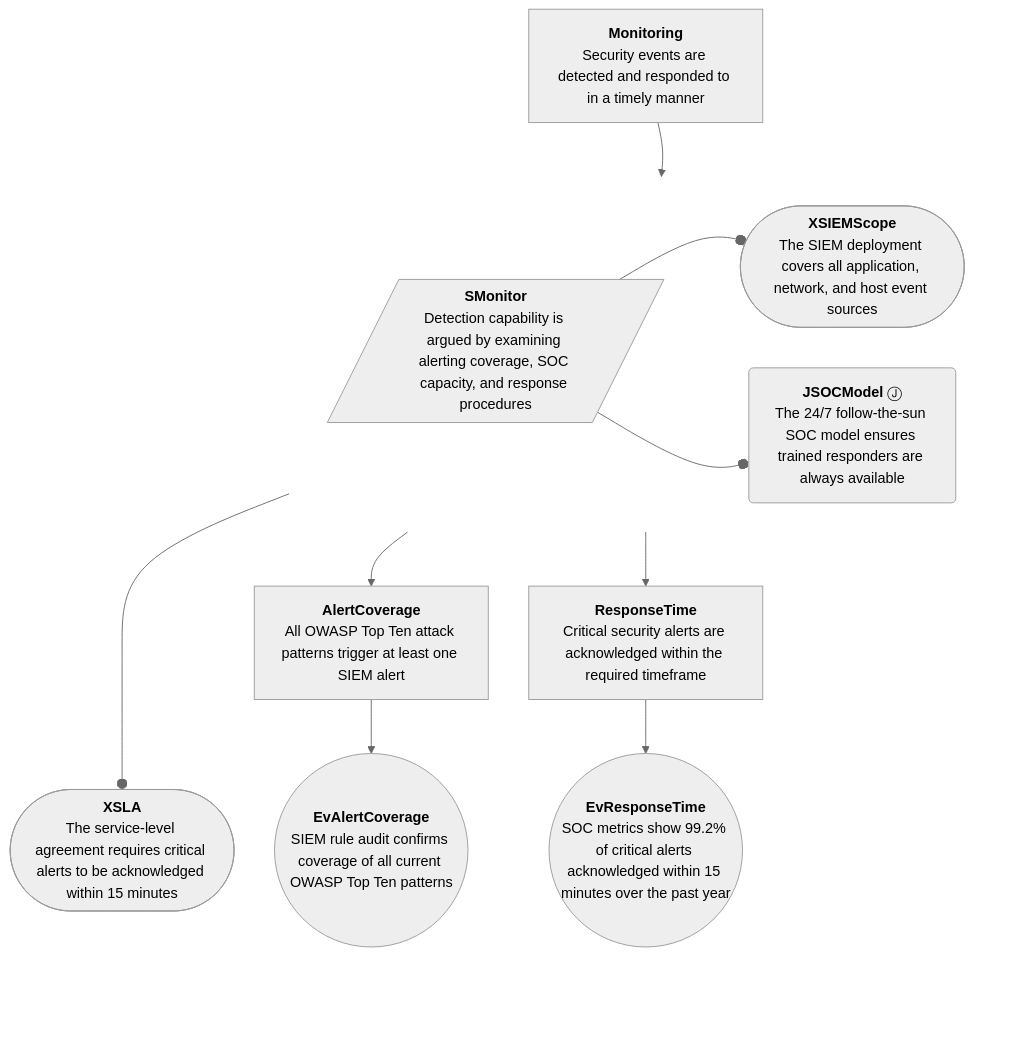
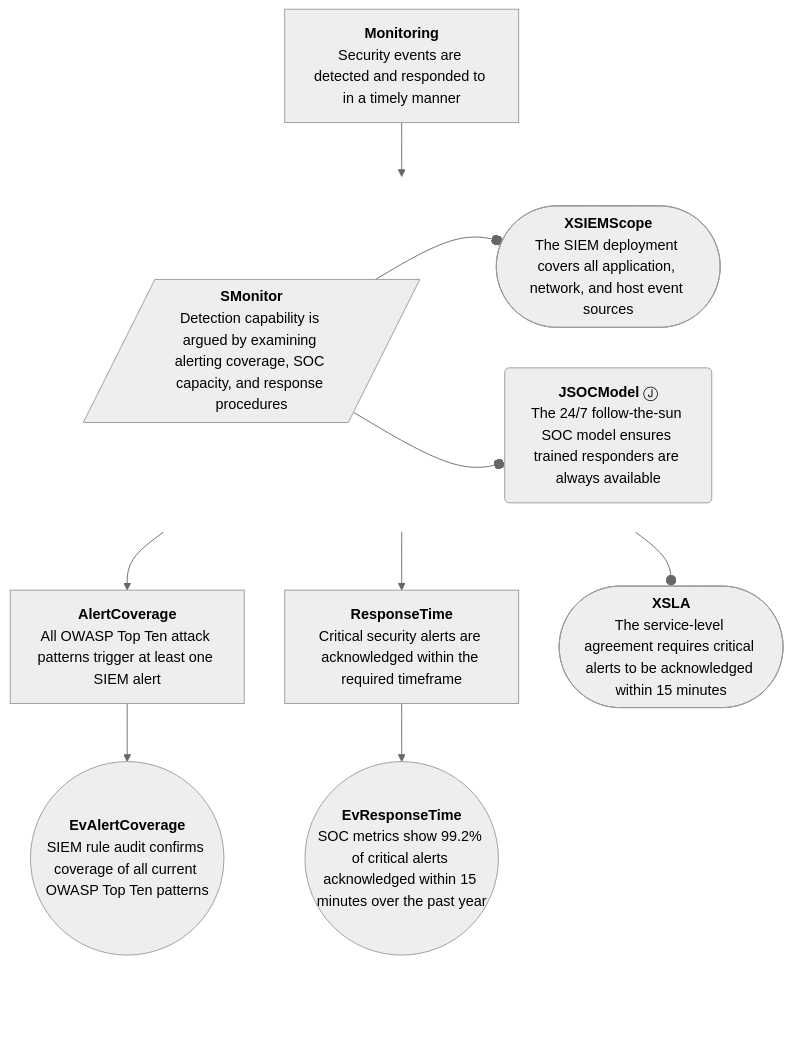
One commit to david-a-wheeler/verocase changed the eighth of 12 diagrams in tests/fixtures/demo-output.expected.md. Above: the diagram before and after it, drawn with Mermaid. The commit also changed other lines of this file and 8 other files, not shown here.

First line of the commit message:
Fix GSN side-by-side rendering and use per-leaf BottomPadding nodes

````diff
--- a/tests/fixtures/demo-output.expected.md
+++ b/tests/fixtures/demo-output.expected.md
@@ -504,55 +498,51 @@
 ```mermaid
 ---
 config:
   theme: neutral
   flowchart:
     curve: basis
     htmlLabels: true
     rankSpacing: 60
     nodeSpacing: 45
     padding: 15
 ---
 flowchart TD
     classDef invisible opacity:0
     classDef gsnUndev stroke-width:2px,stroke-dasharray: 5 5;
     classDef connector fill:none,stroke:#cccccc,stroke-width:1px;
     Monitoring["<b>Monitoring</b><br>Security events are detected and responded to in a timely manner"]
     SMonitor[/"<b>SMonitor</b><br>Detection capability is argued by examining alerting coverage, SOC capacity, and response procedures"/]
     XSIEMScope(["<b>XSIEMScope</b><br>The SIEM deployment covers all application, network, and host event sources"])
     JSOCModel("<b>JSOCModel</b>&nbsp;Ⓙ<br>The 24/7 follow-the-sun SOC model ensures trained responders are always available")
     XSLA(["<b>XSLA</b><br>The service-level agreement requires critical alerts to be acknowledged within 15 minutes"])
     AlertCoverage["<b>AlertCoverage</b><br>All OWASP Top Ten attack patterns trigger at least one SIEM alert"]
     ResponseTime["<b>ResponseTime</b><br>Critical security alerts are acknowledged within the required timeframe"]
     EvAlertCoverage(("<b>EvAlertCoverage</b><br>SIEM rule audit confirms coverage of all current OWASP Top Ten patterns"))
     EvResponseTime(("<b>EvResponseTime</b><br>SOC metrics show 99.2% of critical alerts acknowledged within 15 minutes over the past year"))
     click Monitoring "https://github.com/david-a-wheeler/verocase/blob/main/tests/fixtures/demo-output.expected.md#claim-monitoring"
     click SMonitor "https://github.com/david-a-wheeler/verocase/blob/main/tests/fixtures/demo-output.expected.md#strategy-smonitor"
     click XSIEMScope "https://github.com/david-a-wheeler/verocase/blob/main/tests/fixtures/demo-output.expected.md#context-xsiemscope"
     click JSOCModel "https://github.com/david-a-wheeler/verocase/blob/main/tests/fixtures/demo-output.expected.md#justification-jsocmodel"
     click XSLA "https://github.com/david-a-wheeler/verocase/blob/main/tests/fixtures/demo-output.expected.md#context-xsla"
     click AlertCoverage "https://github.com/david-a-wheeler/verocase/blob/main/tests/fixtures/demo-output.expected.md#claim-alertcoverage"
     click ResponseTime "https://github.com/david-a-wheeler/verocase/blob/main/tests/fixtures/demo-output.expected.md#claim-responsetime"
     click EvAlertCoverage "https://github.com/david-a-wheeler/verocase/blob/main/tests/fixtures/demo-output.expected.md#evidence-evalertcoverage"
     click EvResponseTime "https://github.com/david-a-wheeler/verocase/blob/main/tests/fixtures/demo-output.expected.md#evidence-evresponsetime"
 
     subgraph SgCJ1 [ ]
         direction LR
         XSIEMScope ~~~ SMonitor ~~~ JSOCModel
+        SMonitor --o XSIEMScope
+        SMonitor --o JSOCModel
     end
     style SgCJ1 fill:none,stroke:none
-    Monitoring ~~~ XSIEMScope
-    Monitoring ~~~ JSOCModel
     Monitoring --> SMonitor
-    SMonitor --o XSIEMScope
-    SMonitor --o JSOCModel
     SMonitor --o XSLA
     SMonitor --> AlertCoverage
     AlertCoverage --> EvAlertCoverage
     SMonitor --> ResponseTime
     ResponseTime --> EvResponseTime
-    XSIEMScope ~~~ BottomPadding[ ]:::invisible
-    JSOCModel ~~~ BottomPadding
-    XSLA ~~~ BottomPadding
-    EvAlertCoverage ~~~ BottomPadding
-    EvResponseTime ~~~ BottomPadding
+    XSLA ~~~ BottomPadding1[ ]:::invisible
+    EvAlertCoverage ~~~ BottomPadding2[ ]:::invisible
+    EvResponseTime ~~~ BottomPadding3[ ]:::invisible
 ```
````
